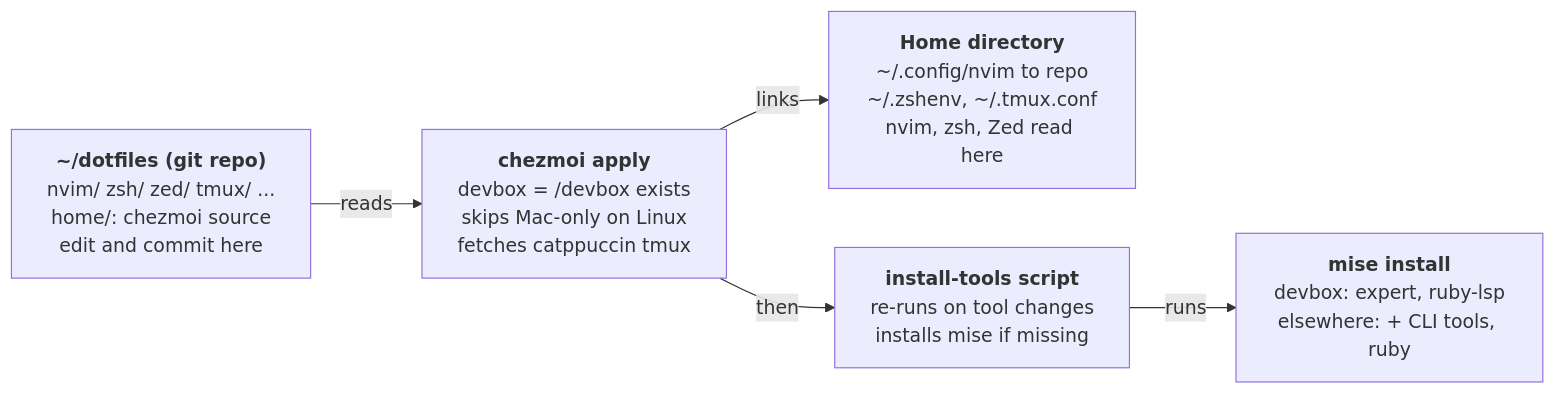
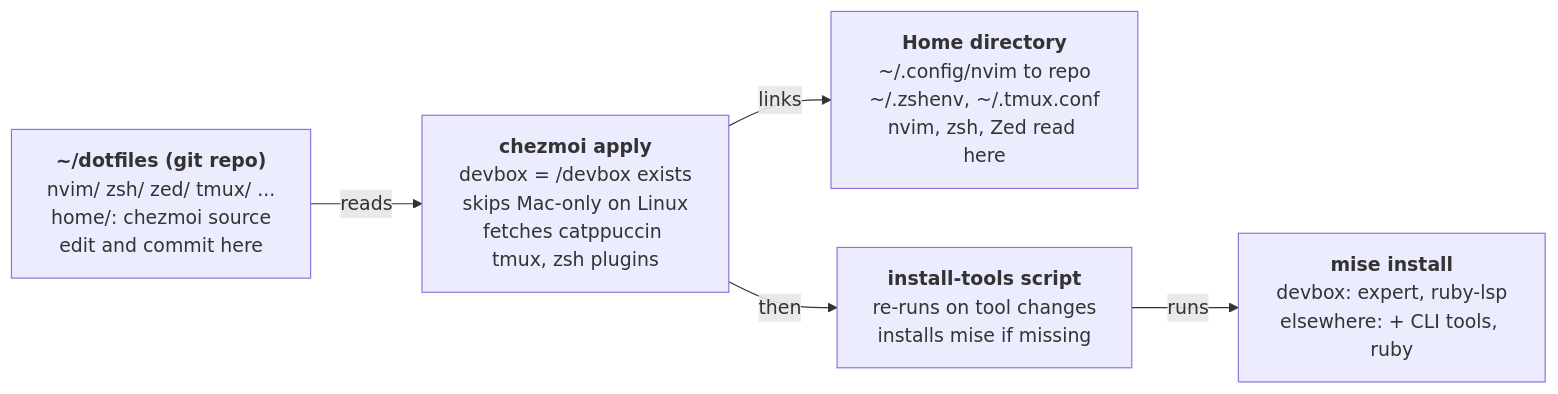
The diagram in GUIDE.md (oddnugget/dotfiles), drawn with Mermaid before and after one commit. The commit also changed other lines of this file and 9 other files, not shown here.

First line of the commit message:
smart-splits pane navigation, zsh plugins, and git defaults

````diff
--- a/GUIDE.md
+++ b/GUIDE.md
@@ -15,13 +15,13 @@
 ```mermaid
 flowchart LR
     repo["<b>~/dotfiles (git repo)</b><br/>nvim/ zsh/ zed/ tmux/ ...<br/>home/: chezmoi source<br/>edit and commit here"]
-    chezmoi["<b>chezmoi apply</b><br/>devbox = /devbox exists<br/>skips Mac-only on Linux<br/>fetches catppuccin tmux"]
+    chezmoi["<b>chezmoi apply</b><br/>devbox = /devbox exists<br/>skips Mac-only on Linux<br/>fetches catppuccin tmux, zsh plugins"]
     home["<b>Home directory</b><br/>~/.config/nvim to repo<br/>~/.zshenv, ~/.tmux.conf<br/>nvim, zsh, Zed read here"]
     script["<b>install-tools script</b><br/>re-runs on tool changes<br/>installs mise if missing"]
     mise["<b>mise install</b><br/>devbox: expert, ruby-lsp<br/>elsewhere: + CLI tools, ruby"]
 
     repo -- reads --> chezmoi
     chezmoi -- links --> home
     chezmoi -- then --> script
     script -- runs --> mise
 ```
````
